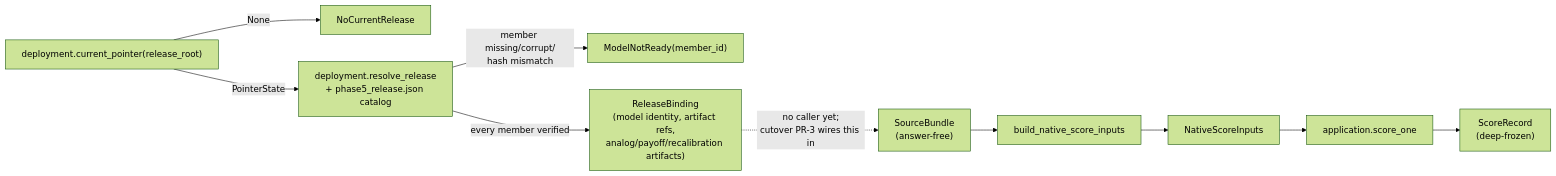
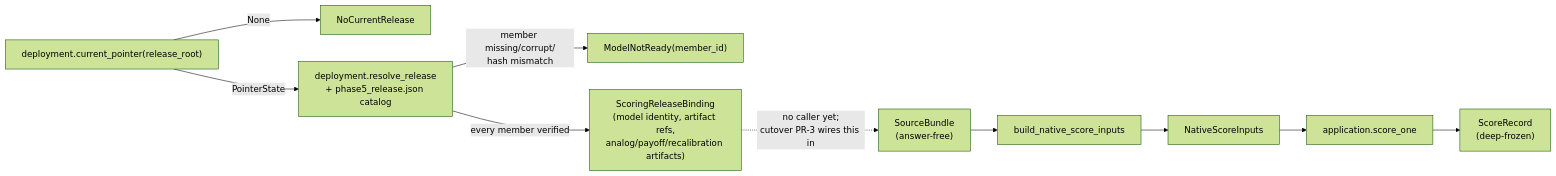
The diagram in engine/v2/scoring/ARCHITECTURE.md (yshewchuk/investment-validation), drawn with Mermaid (forest theme) before and after one commit. The commit also changed other lines of this file and 1 other file, not shown here.

First line of the commit message:
Fix release_bindings.py design: key by binding_id/strategy, not role

````diff
--- a/engine/v2/scoring/ARCHITECTURE.md
+++ b/engine/v2/scoring/ARCHITECTURE.md
@@ -210,13 +246,13 @@
 ```mermaid
 flowchart LR
     SB["SourceBundle\n(answer-free)"] --> BNI["build_native_score_inputs"]
     BNI --> NSI["NativeScoreInputs"]
     NSI --> SO["application.score_one"]
     SO --> SR["ScoreRecord\n(deep-frozen)"]
 
     DP["deployment.current_pointer(release_root)"] -->|None| NCR["NoCurrentRelease"]
     DP -->|PointerState| RR["deployment.resolve_release\n+ phase5_release.json catalog"]
     RR -->|member missing/corrupt/\nhash mismatch| MNR["ModelNotReady(member_id)"]
-    RR -->|every member verified| RB["ReleaseBinding\n(model identity, artifact refs,\nanalog/payoff/recalibration artifacts)"]
+    RR -->|every member verified| RB["ScoringReleaseBinding\n(model identity, artifact refs,\nanalog/payoff/recalibration artifacts)"]
     RB -.->|no caller yet;\ncutover PR-3 wires this in| SB
 ```
````
